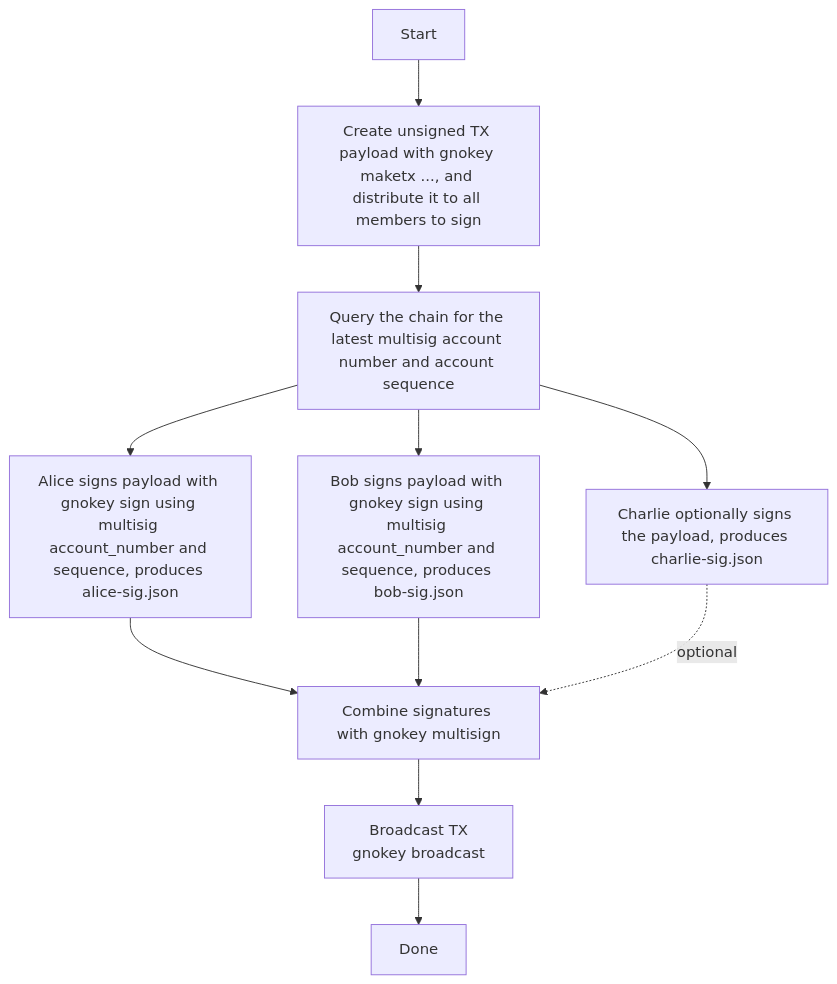
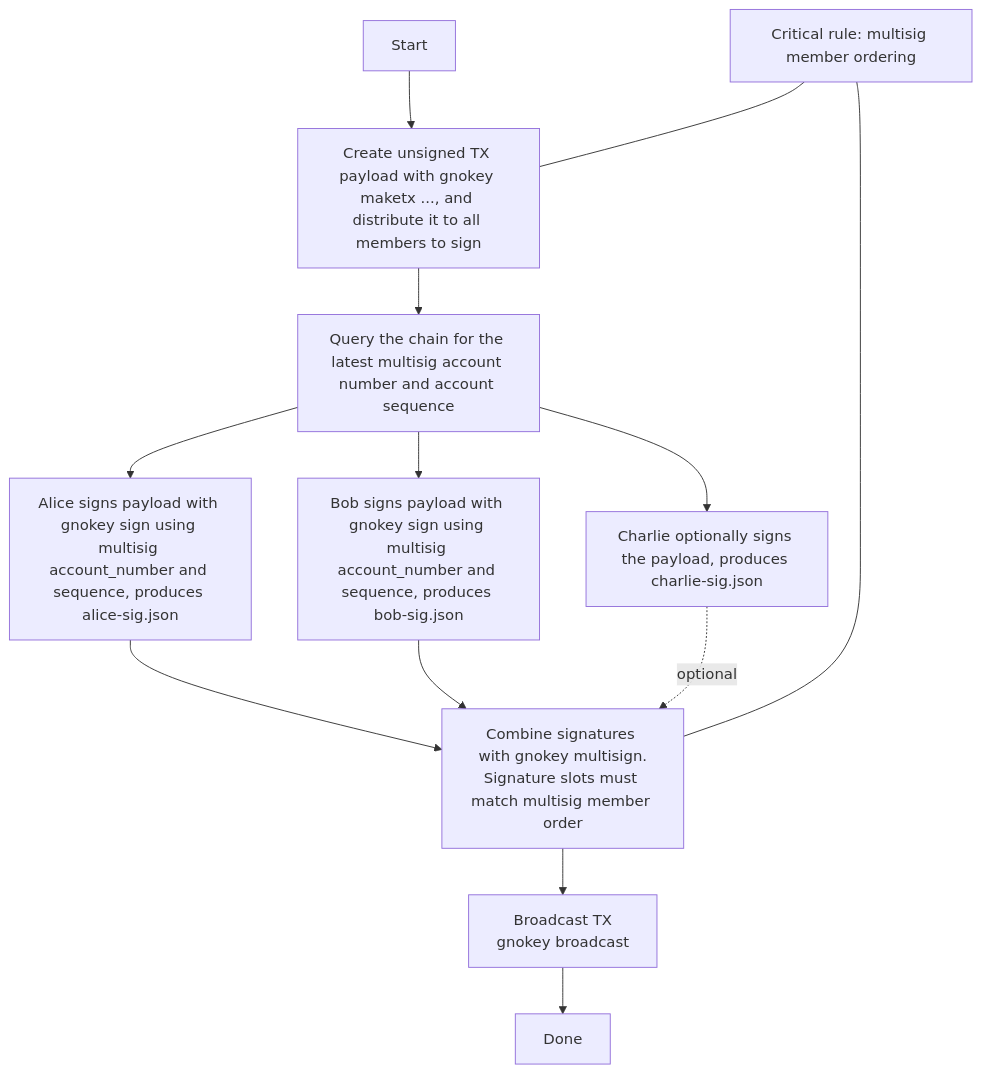
Before and after one commit to gnolang/gno: the diagram in docs/users/interact-with-gnokey.md, drawn with Mermaid. The commit also changed other lines of this file and 1 other file, not shown here.

First line of the commit message:
docs: leave the multisig section to the gnokey rewrite, and name the redeploy bug

````diff
--- a/docs/users/interact-with-gnokey.md
+++ b/docs/users/interact-with-gnokey.md
@@ -879,13 +912,16 @@
 ```mermaid
 flowchart TD
   A[Start] --> B[Create unsigned TX payload with gnokey maketx ..., and distribute it to all members to sign]
   B --> C[Query the chain for the latest multisig account number and account sequence]
   C --> D1[Alice signs payload with gnokey sign using multisig account_number and sequence, produces <br/>alice-sig.json]
   C --> D2[Bob signs payload with gnokey sign using multisig account_number and sequence, produces <br/>bob-sig.json]
   C --> D3[Charlie optionally signs the payload, produces <br/>charlie-sig.json]
-  D1 --> E[Combine signatures with gnokey multisign]
+  D1 --> E[Combine signatures with gnokey multisign.<br/>Signature slots must match multisig member order]
   D2 --> E
   D3 -. optional .-> E
   E --> F[Broadcast TX<br/>gnokey broadcast]
   F --> G[Done]
+
+  H[Critical rule: multisig member ordering] --- B
+  H --- E
 ```
````
